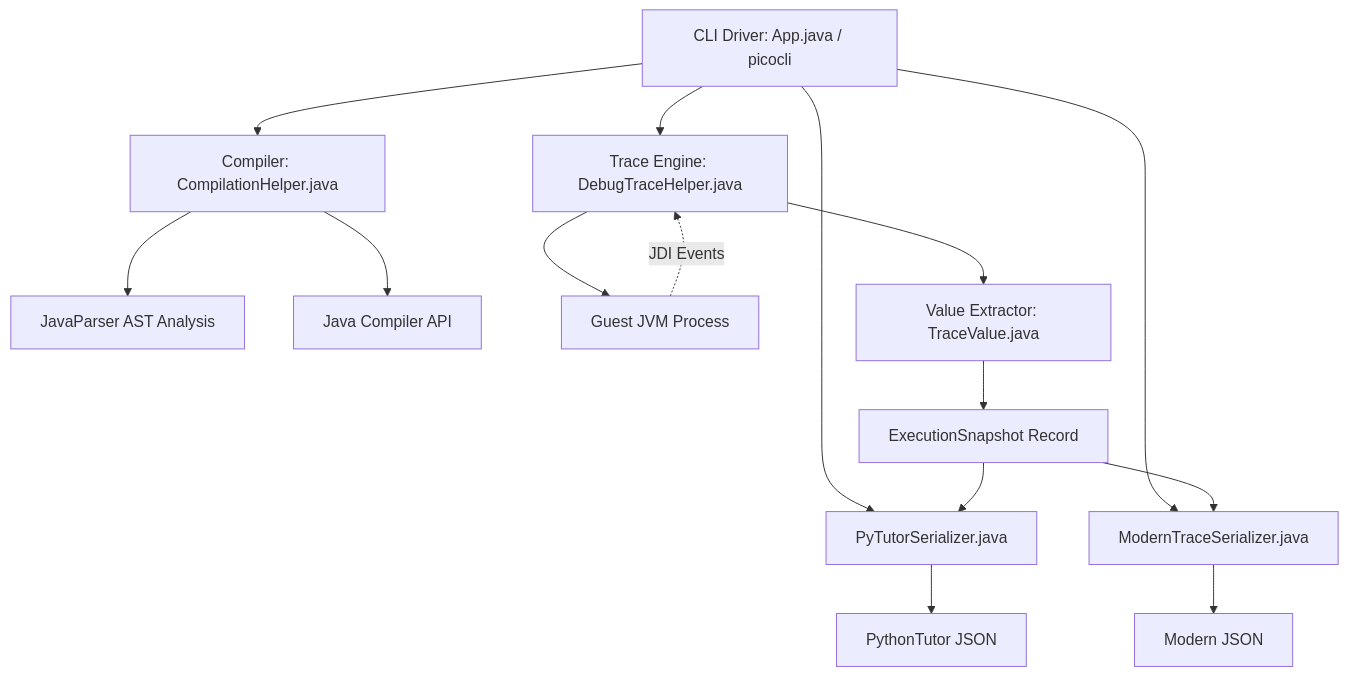
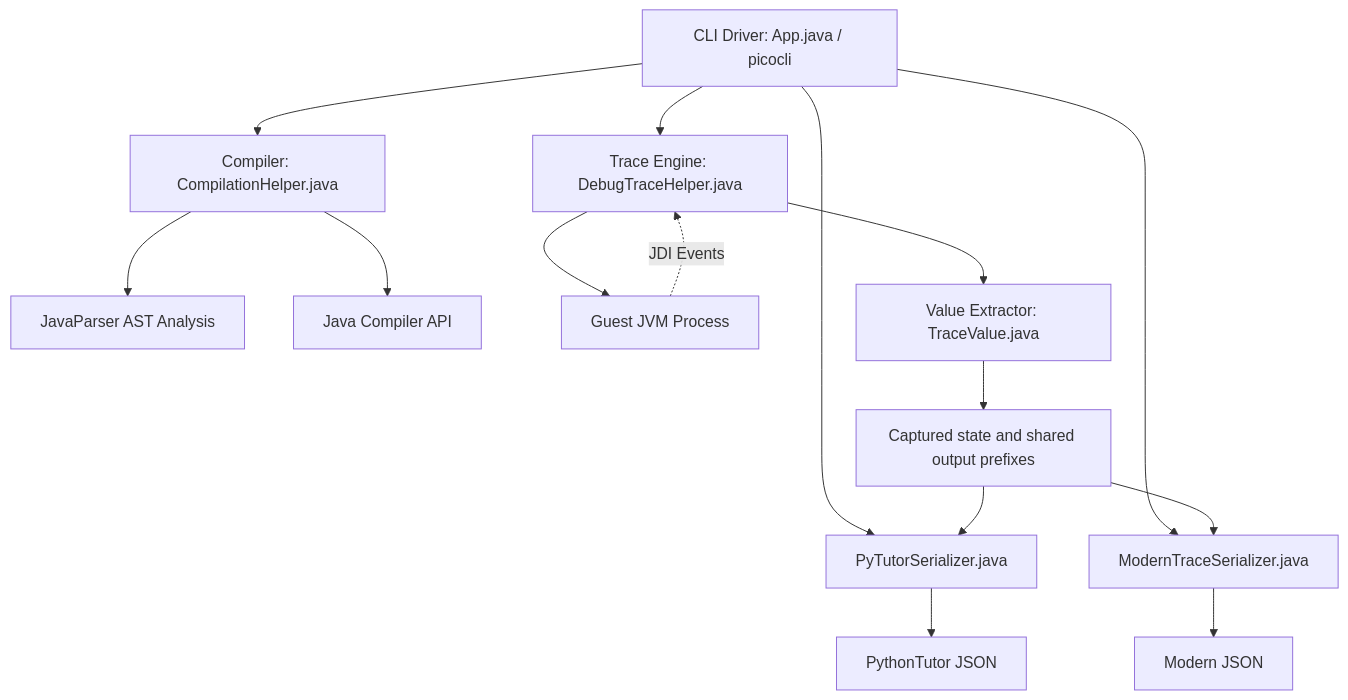
The first of 2 diagrams in HACKING.md (cs1302uga/cs1302-tracer), drawn with Mermaid before and after one commit. The commit also changed other lines of this file and 31 other files, not shown here.

Commit message:
Share captured output storage and close completed audit work

````diff
--- a/HACKING.md
+++ b/HACKING.md
@@ -11,18 +11,18 @@
 ```mermaid
 graph TD
     CLI["CLI Driver: App.java / picocli"] --> Comp["Compiler: CompilationHelper.java"]
     CLI --> Tracer["Trace Engine: DebugTraceHelper.java"]
     CLI --> SerPy["PyTutorSerializer.java"]
     CLI --> SerMod["ModernTraceSerializer.java"]
 
     Comp --> AST["JavaParser AST Analysis"]
     Comp --> Javac["Java Compiler API"]
 
     Tracer --> GuestJVM["Guest JVM Process"]
     GuestJVM -. "JDI Events" .-> Tracer
     Tracer --> Extractor["Value Extractor: TraceValue.java"]
-    Extractor --> Snap["ExecutionSnapshot Record"]
+    Extractor --> Snap["Captured state and shared output prefixes"]
 
     Snap --> SerPy --> OutPy["PythonTutor JSON"]
     Snap --> SerMod --> OutMod["Modern JSON"]
 ```
````
